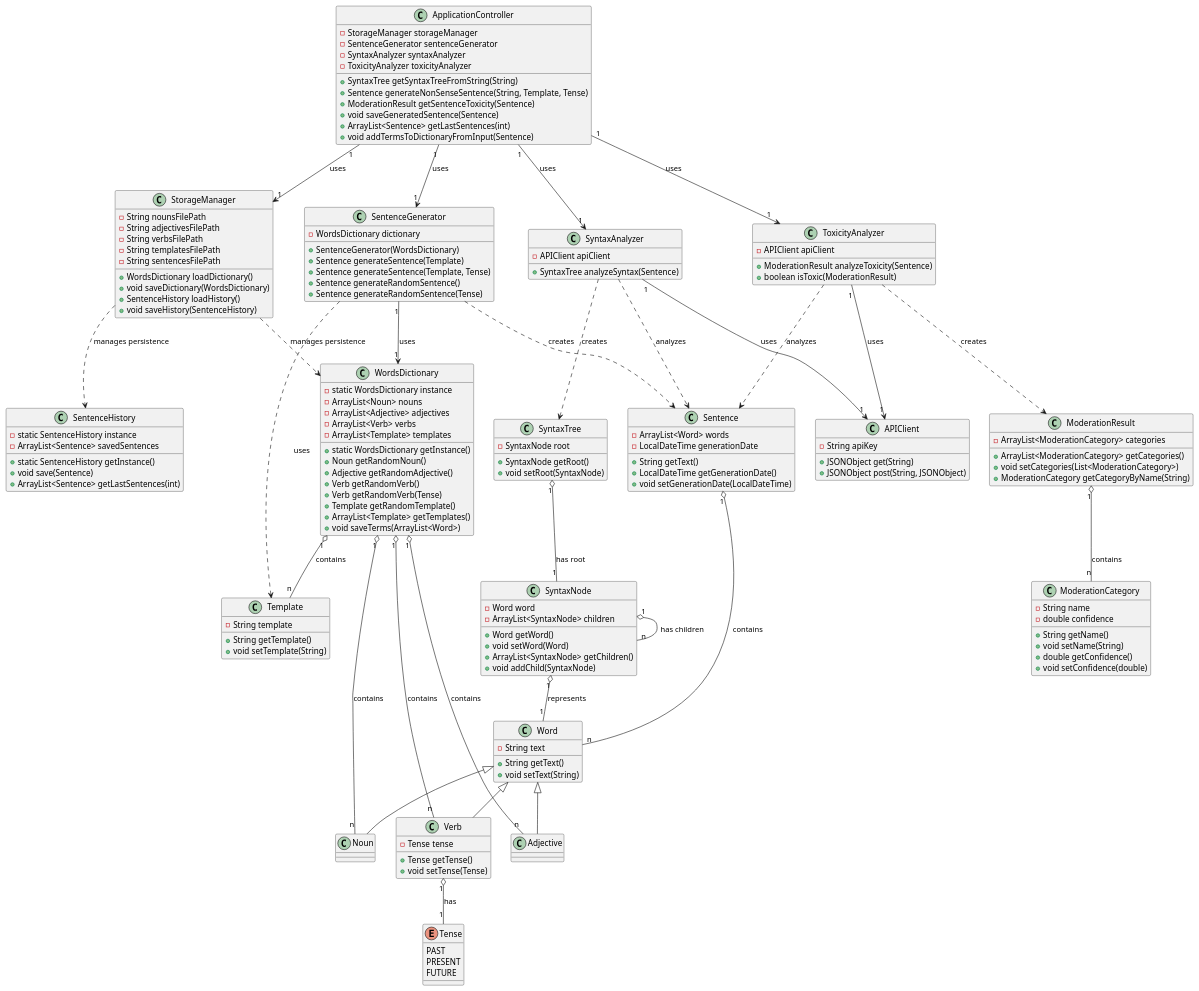
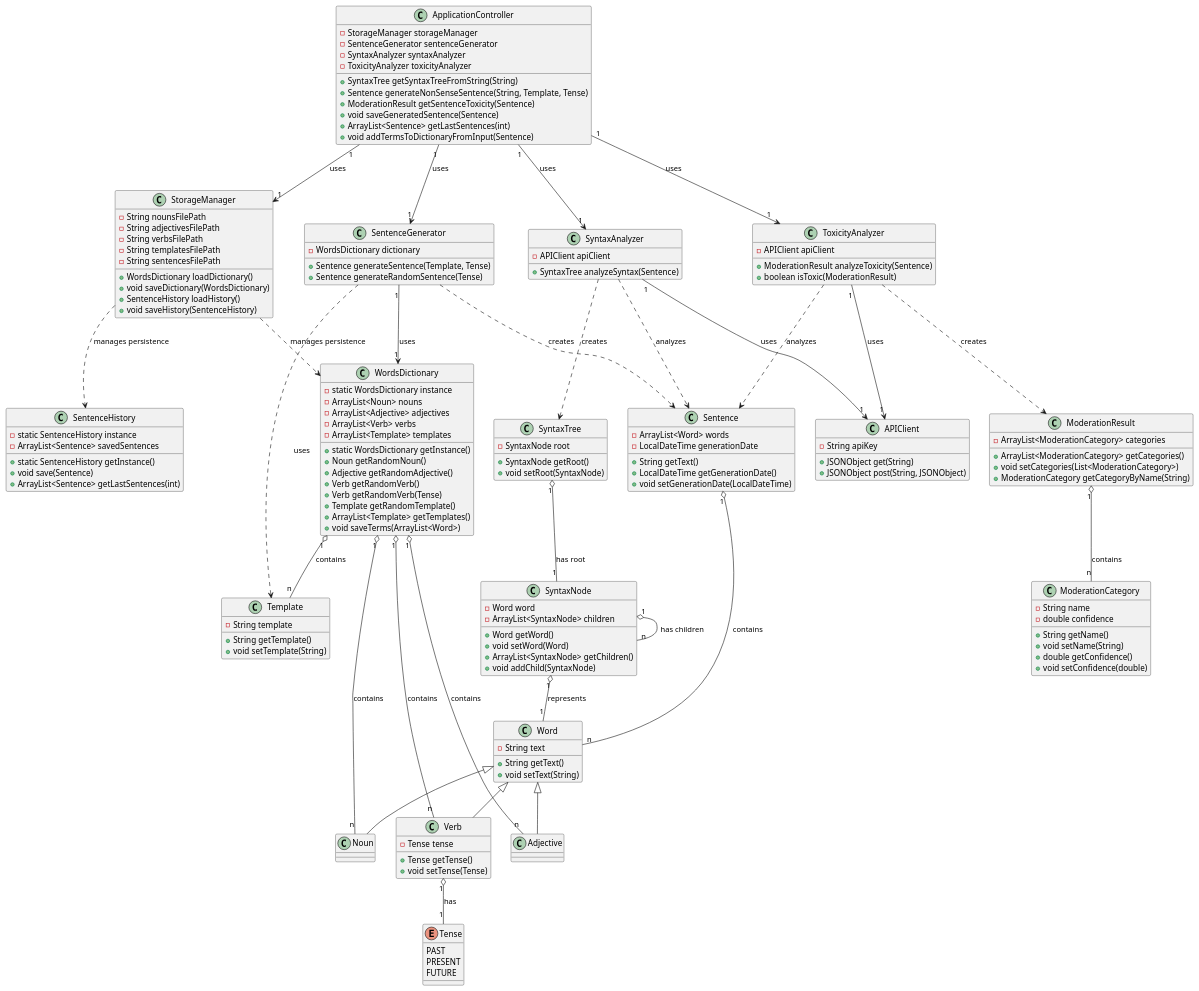
Before and after one commit to liamtoaldo/NonSenseGenerator: the diagram in docs/diagrams/classmodel.plantuml, drawn with PlantUML. The commit also changed 2 other files, not shown here.

Commit message:
NEW - Aggiunta della classe SentenceGenerator e WordsDictionary, aggiornato inoltre l'uml per la classe SentenceGenerator

```diff
--- a/docs/diagrams/classmodel.plantuml
+++ b/docs/diagrams/classmodel.plantuml
@@ -1,186 +1,183 @@
 @startuml
 
 class Sentence {
     -ArrayList<Word> words
     -LocalDateTime generationDate
     +String getText()
     +LocalDateTime getGenerationDate()
     +void setGenerationDate(LocalDateTime)
 }
 
 enum Tense {
     PAST
     PRESENT
     FUTURE
 }
 
 class Word {
     -String text
     +String getText()
     +void setText(String)
 }
 
 class Noun extends Word {
 }
 
 class Adjective extends Word {
 }
 
 class Verb extends Word {
     -Tense tense
     +Tense getTense()
     +void setTense(Tense)
 }
 
 class Template {
     -String template
     +String getTemplate()
     +void setTemplate(String)
 }
 
 ' WordsDictionary usa Design Pattern: Singleton
 class WordsDictionary {
     -static WordsDictionary instance
     -ArrayList<Noun> nouns
     -ArrayList<Adjective> adjectives
     -ArrayList<Verb> verbs
     -ArrayList<Template> templates
     +static WordsDictionary getInstance()
     +Noun getRandomNoun()
     +Adjective getRandomAdjective()
     +Verb getRandomVerb()
     +Verb getRandomVerb(Tense)
     +Template getRandomTemplate()
     +ArrayList<Template> getTemplates()
     +void saveTerms(ArrayList<Word>)
 }
 
 ' SentenceHistory usa Design Pattern: Singleton
 class SentenceHistory {
     -static SentenceHistory instance
     -ArrayList<Sentence> savedSentences
     +static SentenceHistory getInstance()
     +void save(Sentence)
     +ArrayList<Sentence> getLastSentences(int)
 }
 
 ' SentenceGenerator usa Design Pattern: Factory Method
 class SentenceGenerator {
     -WordsDictionary dictionary
-    +SentenceGenerator(WordsDictionary)
-    +Sentence generateSentence(Template)
     +Sentence generateSentence(Template, Tense)
-    +Sentence generateRandomSentence()
     +Sentence generateRandomSentence(Tense)
 }
 
 ' StorageManager agisce come un Data Access Object (DAO) / Repository
 class StorageManager {
     -String nounsFilePath
     -String adjectivesFilePath
     -String verbsFilePath
     -String templatesFilePath
     -String sentencesFilePath
     +WordsDictionary loadDictionary()
     +void saveDictionary(WordsDictionary)
     +SentenceHistory loadHistory()
     +void saveHistory(SentenceHistory)
 }
 
 class APIClient {
     -String apiKey
     +JSONObject get(String)
     +JSONObject post(String, JSONObject)
 }
 
 ' SyntaxTree e SyntaxNode formano un pattern Composite
 class SyntaxTree {
     -SyntaxNode root
     +SyntaxNode getRoot()
     +void setRoot(SyntaxNode)
 }
 
 class SyntaxNode {
     -Word word
     -ArrayList<SyntaxNode> children
     +Word getWord()
     +void setWord(Word)
     +ArrayList<SyntaxNode> getChildren()
     +void addChild(SyntaxNode)
 }
 
 class SyntaxAnalyzer {
     -APIClient apiClient
     +SyntaxTree analyzeSyntax(Sentence)
 }
 
 class ModerationCategory {
     -String name
     -double confidence
     +String getName()
     +void setName(String)
     +double getConfidence()
     +void setConfidence(double)
 }
 
 class ModerationResult {
     -ArrayList<ModerationCategory> categories
     +ArrayList<ModerationCategory> getCategories()
     +void setCategories(List<ModerationCategory>)
     +ModerationCategory getCategoryByName(String)
 }
 
 class ToxicityAnalyzer {
     -APIClient apiClient
     +ModerationResult analyzeToxicity(Sentence)
     +boolean isToxic(ModerationResult)
 }
 
 ' ApplicationController implementa il pattern Controller e il pattern Facade
 class ApplicationController {
     -StorageManager storageManager
     -SentenceGenerator sentenceGenerator
     -SyntaxAnalyzer syntaxAnalyzer
     -ToxicityAnalyzer toxicityAnalyzer
     +SyntaxTree getSyntaxTreeFromString(String)
     +Sentence generateNonSenseSentence(String, Template, Tense)
     +ModerationResult getSentenceToxicity(Sentence)
     +void saveGeneratedSentence(Sentence)
     +ArrayList<Sentence> getLastSentences(int)
     +void addTermsToDictionaryFromInput(Sentence)
 }
 
 Sentence "1" o-- "n" Word : contains 
 Verb "1" o-- "1" Tense : has 
 WordsDictionary "1" o-- "n" Noun : contains 
 WordsDictionary "1" o-- "n" Adjective : contains 
 WordsDictionary "1" o-- "n" Verb : contains 
 
 WordsDictionary "1" o-- "n" Template : contains 
 SentenceGenerator "1" --> "1" WordsDictionary : uses 
 SentenceGenerator ..> Template : uses 
 SentenceGenerator ..> Sentence : creates 
 
 SyntaxAnalyzer "1" --> "1" APIClient : uses
 SyntaxAnalyzer ..> Sentence : analyzes
 SyntaxAnalyzer ..> SyntaxTree : creates
 
 ToxicityAnalyzer "1" --> "1" APIClient : uses
 ToxicityAnalyzer ..> Sentence : analyzes
 ToxicityAnalyzer ..> ModerationResult : creates
 
 StorageManager ..> WordsDictionary : manages persistence
 StorageManager ..> SentenceHistory : manages persistence
 
 ModerationResult "1" o-- "n" ModerationCategory : contains
 
 SyntaxTree "1" o-- "1" SyntaxNode : has root
 SyntaxNode "1" o-- "1" Word : represents
 SyntaxNode "1" o-- "n" SyntaxNode : has children
 
 ApplicationController "1" --> "1" StorageManager : uses
 ApplicationController "1" --> "1" SentenceGenerator : uses
 ApplicationController "1" --> "1" SyntaxAnalyzer : uses
 ApplicationController "1" --> "1" ToxicityAnalyzer : uses
 
 @enduml
```
